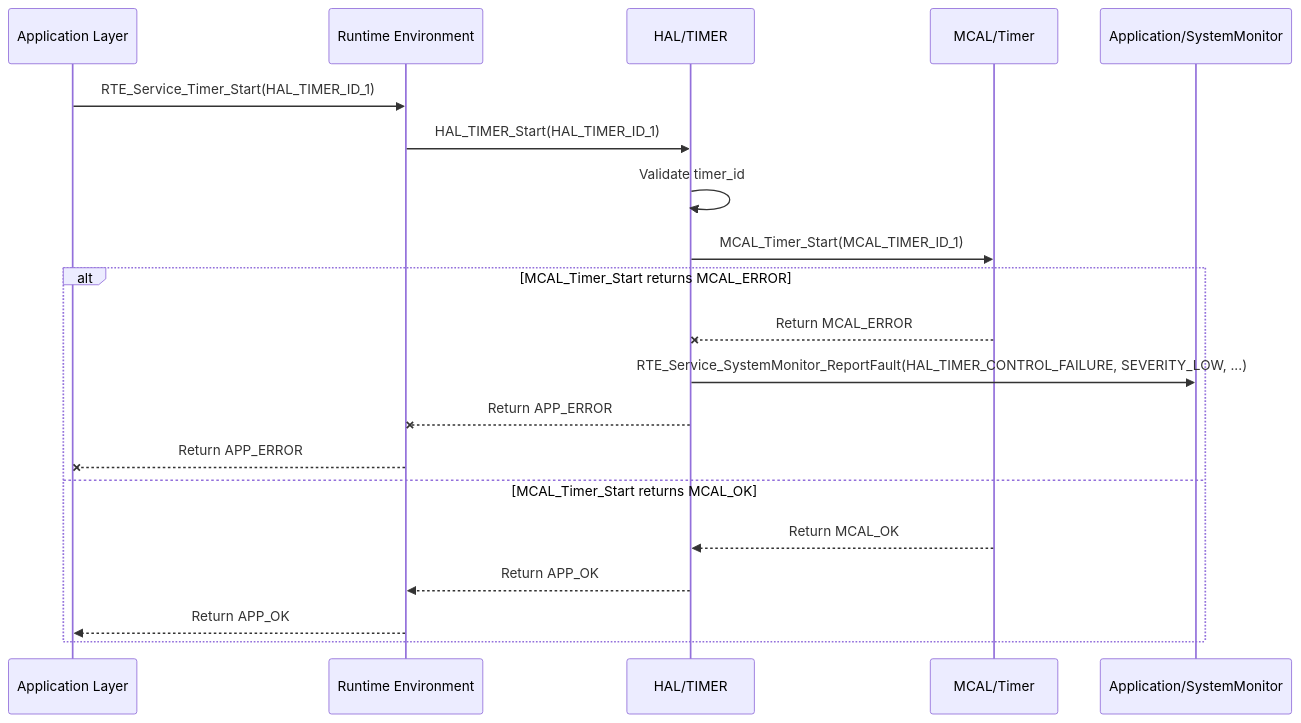
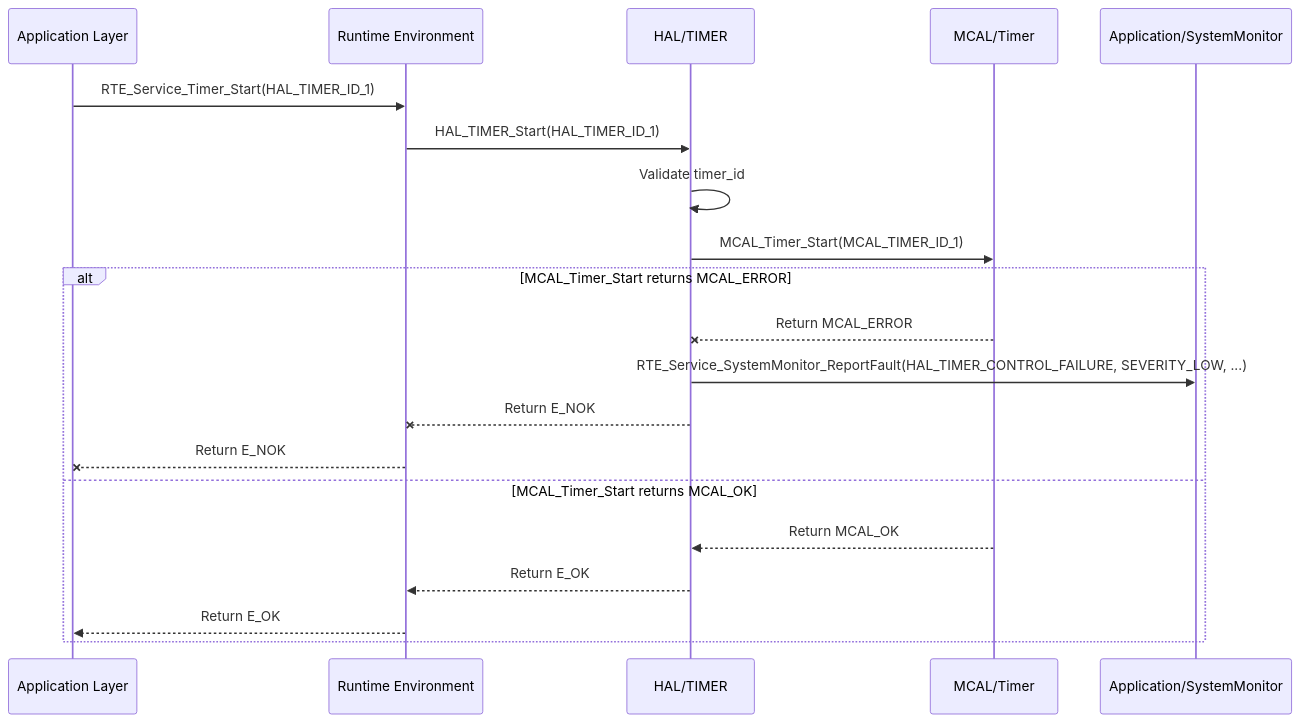
Before and after one commit to ashaker-2/Platform: the diagram in Requiremets/Design/HAL/HAL_Timer.md, drawn with Mermaid. The commit also changed other lines of this file and 716 other files, not shown here.

````diff
--- a/Requiremets/Design/HAL/HAL_Timer.md
+++ b/Requiremets/Design/HAL/HAL_Timer.md
@@ -216,23 +216,23 @@
 ```mermaid
 sequenceDiagram
     participant App as Application Layer
     participant RTE as Runtime Environment
     participant HAL_TIMER as HAL/TIMER
     participant MCAL_Timer as MCAL/Timer
     participant SystemMonitor as Application/SystemMonitor
 
     App->>RTE: RTE_Service_Timer_Start(HAL_TIMER_ID_1)
     RTE->>HAL_TIMER: HAL_TIMER_Start(HAL_TIMER_ID_1)
     HAL_TIMER->>HAL_TIMER: Validate timer_id
     HAL_TIMER->>MCAL_Timer: MCAL_Timer_Start(MCAL_TIMER_ID_1)
     alt MCAL_Timer_Start returns MCAL_ERROR
         MCAL_Timer--xHAL_TIMER: Return MCAL_ERROR
         HAL_TIMER->>SystemMonitor: RTE_Service_SystemMonitor_ReportFault(HAL_TIMER_CONTROL_FAILURE, SEVERITY_LOW, ...)
-        HAL_TIMER--xRTE: Return APP_ERROR
-        RTE--xApp: Return APP_ERROR
+        HAL_TIMER--xRTE: Return E_NOK
+        RTE--xApp: Return E_NOK
     else MCAL_Timer_Start returns MCAL_OK
         MCAL_Timer-->>HAL_TIMER: Return MCAL_OK
-        HAL_TIMER-->>RTE: Return APP_OK
-        RTE-->>App: Return APP_OK
+        HAL_TIMER-->>RTE: Return E_OK
+        RTE-->>App: Return E_OK
     end
 ```
````
